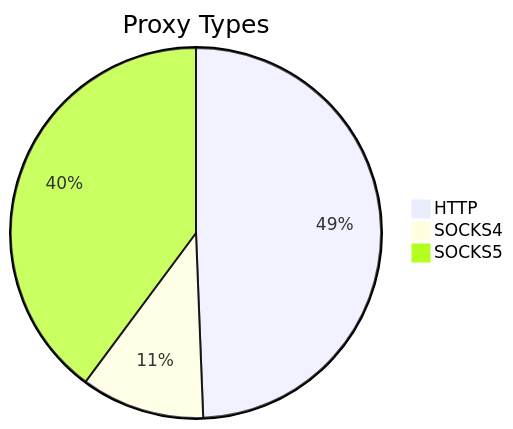
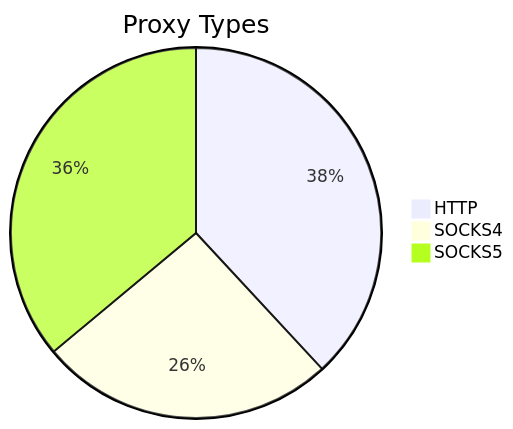
Before and after one commit to stormsia/proxy-list: the first of 2 diagrams in README.md, drawn with Mermaid. The commit also changed other lines of this file, not shown here.

````diff
--- a/README.md
+++ b/README.md
@@ -21,6 +21,6 @@
 ```mermaid
 pie title Proxy Types
-    "HTTP" : 119
-    "SOCKS4" : 26
-    "SOCKS5" : 96
+    "HTTP" : 112
+    "SOCKS4" : 76
+    "SOCKS5" : 106
 ```
````
